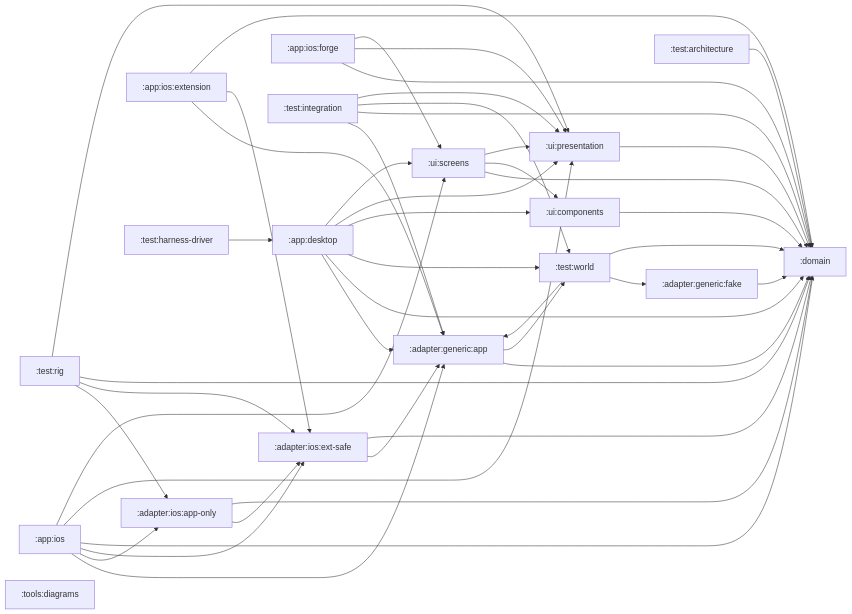
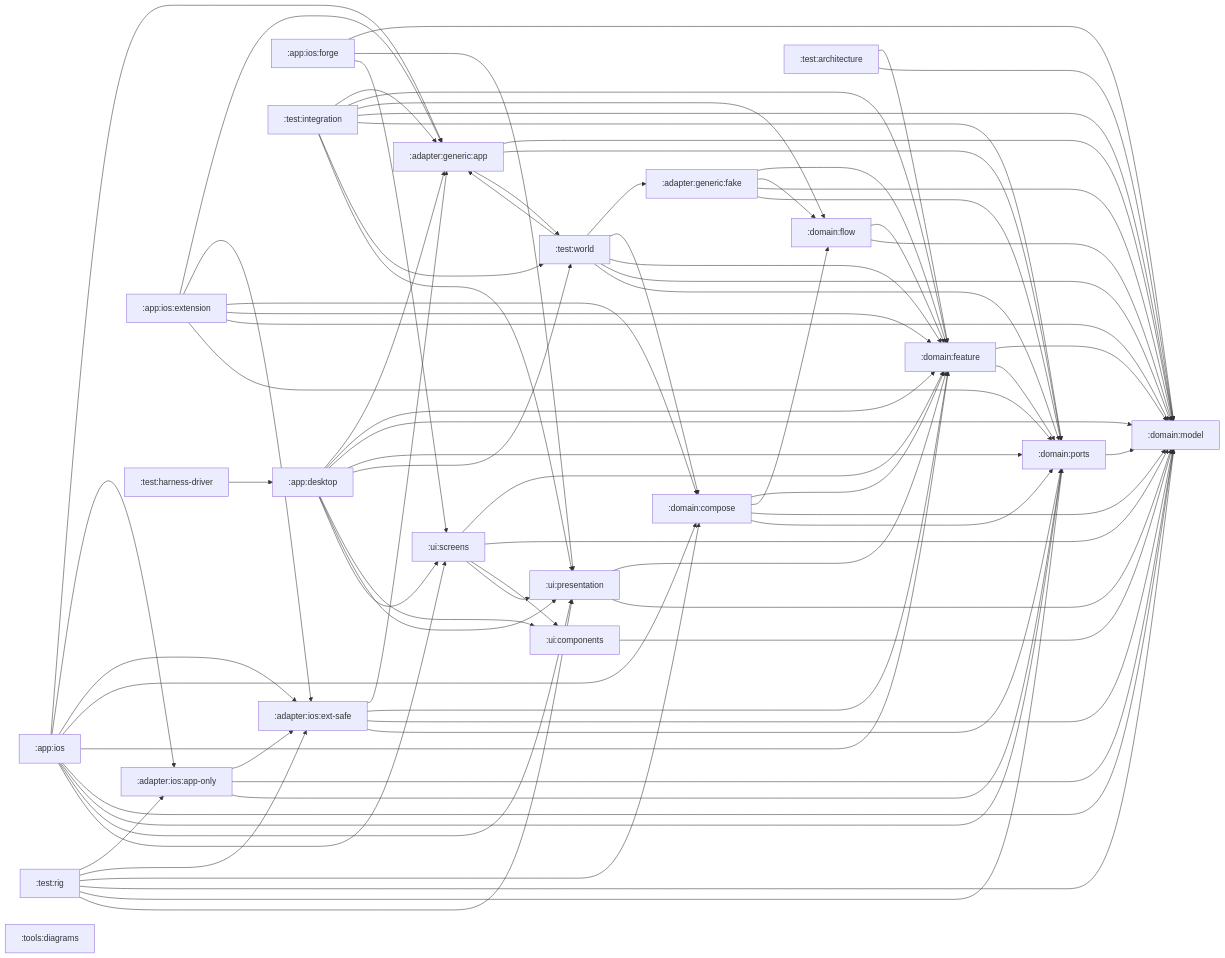
One commit to stefanhoelzl/SnapSync changed the diagram in architecture/modules.md. Above: the diagram before and after it, drawn with Mermaid. The commit also changed 236 other files, not shown here.

````diff
--- a/architecture/modules.md
+++ b/architecture/modules.md
@@ -17,7 +17,11 @@
   app_ios[":app:ios"]
   app_ios_extension[":app:ios:extension"]
   app_ios_forge[":app:ios:forge"]
-  domain[":domain"]
+  domain_compose[":domain:compose"]
+  domain_feature[":domain:feature"]
+  domain_flow[":domain:flow"]
+  domain_model[":domain:model"]
+  domain_ports[":domain:ports"]
   test_architecture[":test:architecture"]
   test_harness_driver[":test:harness-driver"]
   test_integration[":test:integration"]
@@ -27,15 +31,24 @@
   ui_components[":ui:components"]
   ui_presentation[":ui:presentation"]
   ui_screens[":ui:screens"]
-  adapter_generic_app --> domain
+  adapter_generic_app --> domain_model
+  adapter_generic_app --> domain_ports
   adapter_generic_app --> test_world
-  adapter_generic_fake --> domain
+  adapter_generic_fake --> domain_feature
+  adapter_generic_fake --> domain_flow
+  adapter_generic_fake --> domain_model
+  adapter_generic_fake --> domain_ports
   adapter_ios_app_only --> adapter_ios_ext_safe
-  adapter_ios_app_only --> domain
+  adapter_ios_app_only --> domain_model
+  adapter_ios_app_only --> domain_ports
   adapter_ios_ext_safe --> adapter_generic_app
-  adapter_ios_ext_safe --> domain
+  adapter_ios_ext_safe --> domain_feature
+  adapter_ios_ext_safe --> domain_model
+  adapter_ios_ext_safe --> domain_ports
   app_desktop --> adapter_generic_app
-  app_desktop --> domain
+  app_desktop --> domain_feature
+  app_desktop --> domain_model
+  app_desktop --> domain_ports
   app_desktop --> test_world
   app_desktop --> ui_components
   app_desktop --> ui_presentation
@@ -43,31 +56,57 @@
   app_ios --> adapter_generic_app
   app_ios --> adapter_ios_app_only
   app_ios --> adapter_ios_ext_safe
-  app_ios --> domain
+  app_ios --> domain_compose
+  app_ios --> domain_feature
+  app_ios --> domain_model
+  app_ios --> domain_ports
   app_ios --> ui_presentation
   app_ios --> ui_screens
   app_ios_extension --> adapter_generic_app
   app_ios_extension --> adapter_ios_ext_safe
-  app_ios_extension --> domain
-  app_ios_forge --> domain
+  app_ios_extension --> domain_compose
+  app_ios_extension --> domain_feature
+  app_ios_extension --> domain_model
+  app_ios_extension --> domain_ports
+  app_ios_forge --> domain_model
   app_ios_forge --> ui_presentation
   app_ios_forge --> ui_screens
-  test_architecture --> domain
+  domain_compose --> domain_feature
+  domain_compose --> domain_flow
+  domain_compose --> domain_model
+  domain_compose --> domain_ports
+  domain_feature --> domain_model
+  domain_feature --> domain_ports
+  domain_flow --> domain_feature
+  domain_flow --> domain_model
+  domain_ports --> domain_model
+  test_architecture --> domain_feature
+  test_architecture --> domain_model
   test_harness_driver --> app_desktop
   test_integration --> adapter_generic_app
-  test_integration --> domain
+  test_integration --> domain_feature
+  test_integration --> domain_flow
+  test_integration --> domain_model
+  test_integration --> domain_ports
   test_integration --> test_world
   test_integration --> ui_presentation
   test_rig --> adapter_ios_app_only
   test_rig --> adapter_ios_ext_safe
-  test_rig --> domain
+  test_rig --> domain_compose
+  test_rig --> domain_model
+  test_rig --> domain_ports
   test_rig --> ui_presentation
   test_world --> adapter_generic_app
   test_world --> adapter_generic_fake
-  test_world --> domain
-  ui_components --> domain
-  ui_presentation --> domain
-  ui_screens --> domain
+  test_world --> domain_compose
+  test_world --> domain_feature
+  test_world --> domain_model
+  test_world --> domain_ports
+  ui_components --> domain_model
+  ui_presentation --> domain_feature
+  ui_presentation --> domain_model
+  ui_screens --> domain_feature
+  ui_screens --> domain_model
   ui_screens --> ui_components
   ui_screens --> ui_presentation
 ```
````
